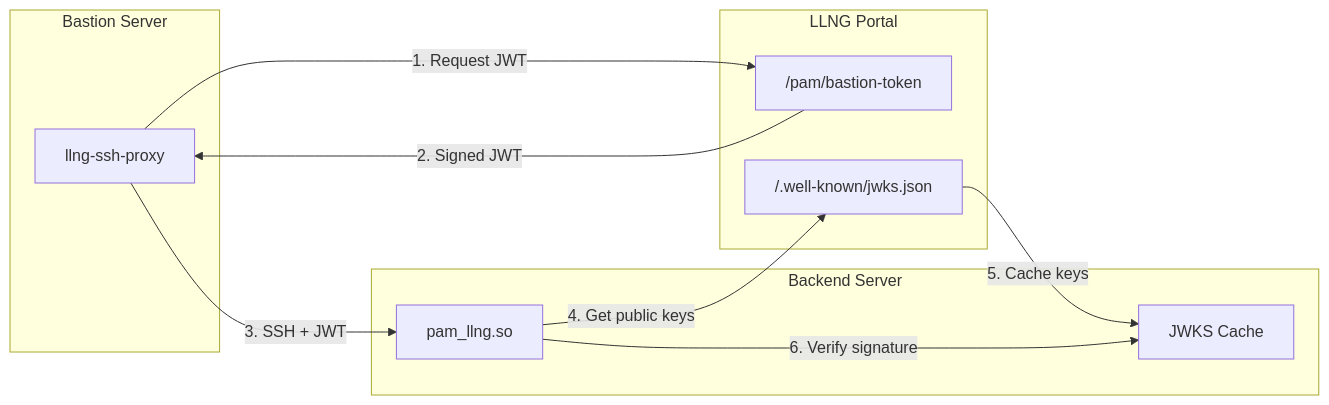
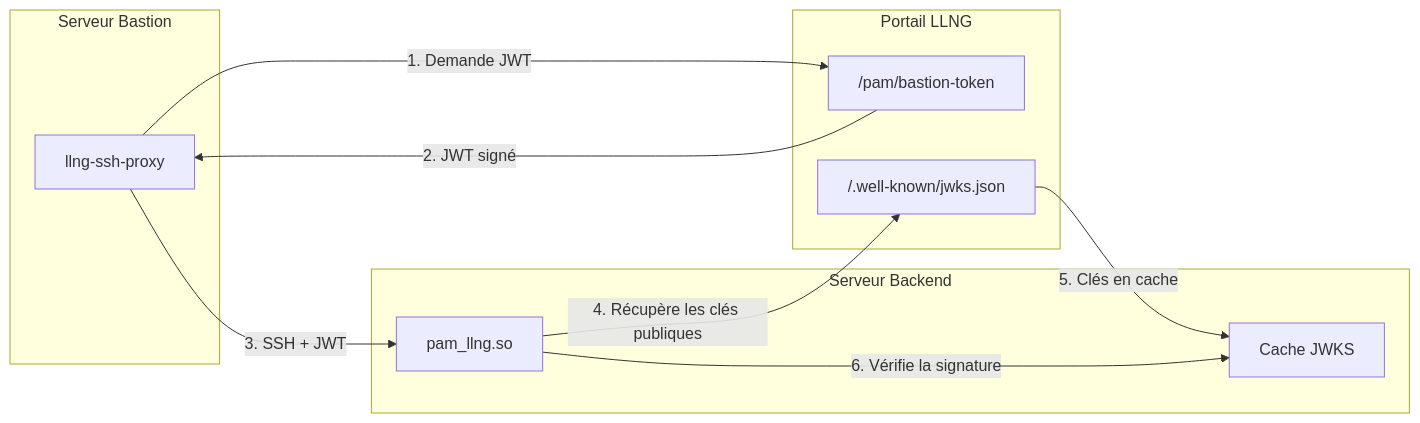
The third of 4 diagrams in doc/security/00-architecture.md (linagora/open-bastion), drawn with Mermaid before and after one commit. The commit also changed other lines of this file and 4 other files, not shown here.

````diff
--- a/doc/security/00-architecture.md
+++ b/doc/security/00-architecture.md
@@ -93,23 +126,23 @@
 ```mermaid
 flowchart LR
-    subgraph Bastion["Bastion Server"]
+    subgraph Bastion["Serveur Bastion"]
         proxy["llng-ssh-proxy"]
     end
 
-    subgraph LLNG["LLNG Portal"]
+    subgraph LLNG["Portail LLNG"]
         bastion_token["/pam/bastion-token"]
         jwks["/.well-known/jwks.json"]
     end
 
-    subgraph Backend["Backend Server"]
+    subgraph Backend["Serveur Backend"]
         pam["pam_llng.so"]
-        cache["JWKS Cache"]
+        cache["Cache JWKS"]
     end
 
-    proxy -->|1. Request JWT| bastion_token
-    bastion_token -->|2. Signed JWT| proxy
+    proxy -->|1. Demande JWT| bastion_token
+    bastion_token -->|2. JWT signé| proxy
     proxy -->|3. SSH + JWT| pam
-    pam -->|4. Get public keys| jwks
-    jwks -->|5. Cache keys| cache
-    pam -->|6. Verify signature| cache
+    pam -->|4. Récupère les clés publiques| jwks
+    jwks -->|5. Clés en cache| cache
+    pam -->|6. Vérifie la signature| cache
 ```
````
